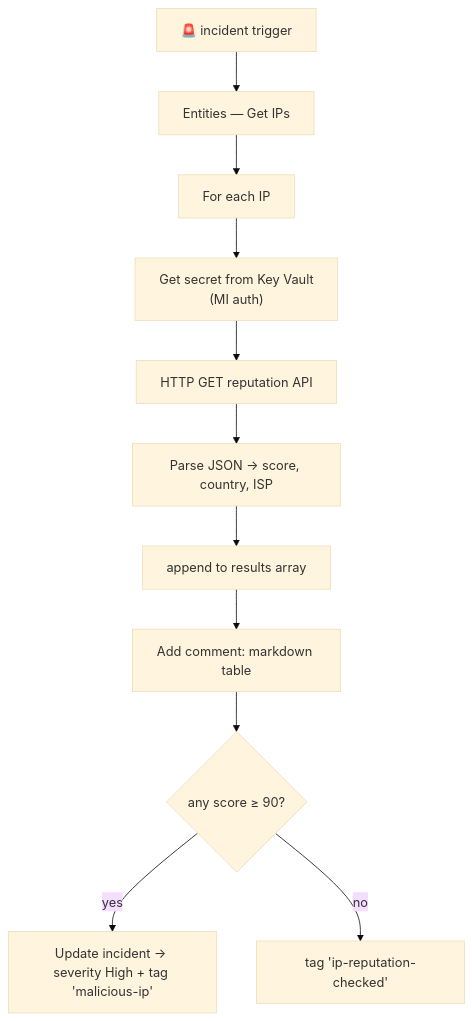
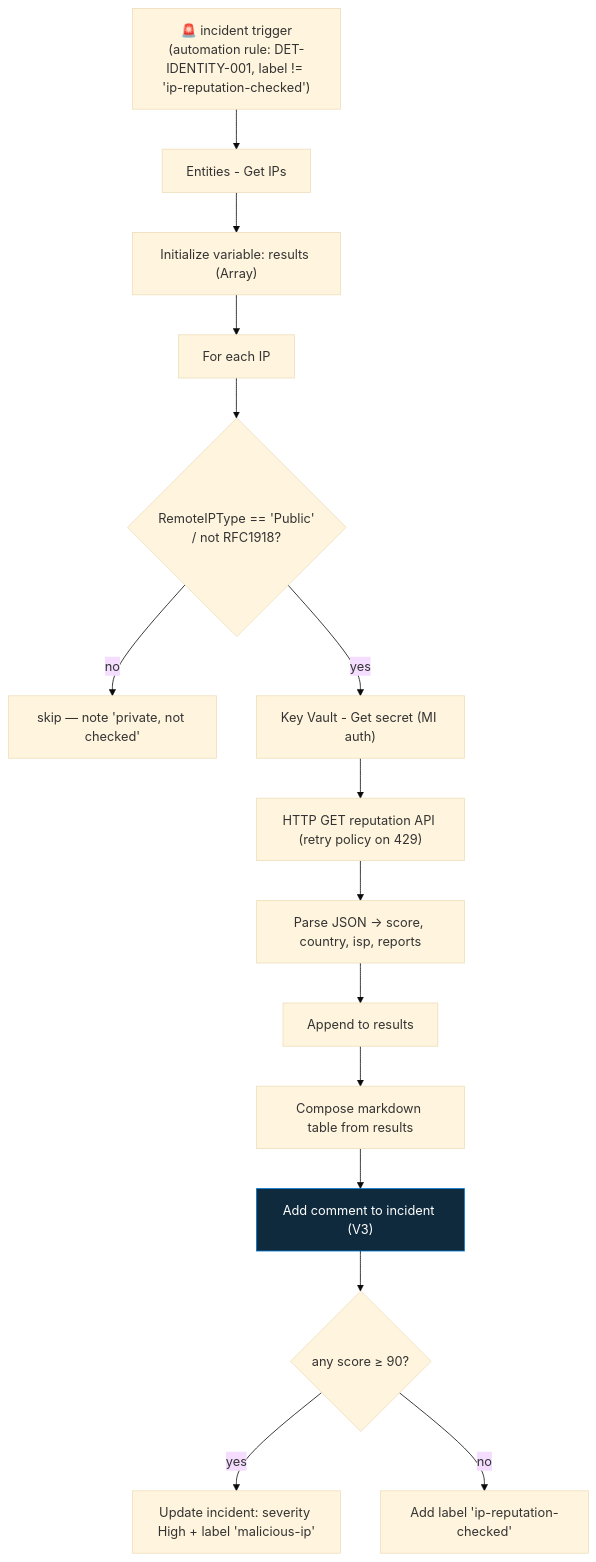
Before and after one commit to Tarun2000AD/microsoft-sentinel-live-learning: the diagram in 33-enrich-an-incident/README.md, drawn with Mermaid (base theme). The commit also changed other lines of this file, not shown here.

First line of the commit message:
Deepen step 33 (enrich an incident): read-only = safe automation, what a playbook can add, no-key variant, tag-as-verdict

````diff
--- a/33-enrich-an-incident/README.md
+++ b/33-enrich-an-incident/README.md
@@ -35,13 +55,18 @@
 ```mermaid
 flowchart TD
-    T["🚨 incident trigger"] --> GE["Entities — Get IPs"]
-    GE --> FE["For each IP"]
-    FE --> KV["Get secret from Key Vault<br/>(MI auth)"]
-    KV --> API["HTTP GET reputation API"]
-    API --> P["Parse JSON → score, country, ISP"]
-    P --> AGG["append to results array"]
-    AGG --> CMT["Add comment: markdown table"]
+    T["🚨 incident trigger<br/>(automation rule: DET-IDENTITY-001, label != 'ip-reputation-checked')"] --> GE["Entities - Get IPs"]
+    GE --> INIT["Initialize variable: results (Array)"]
+    INIT --> FE["For each IP"]
+    FE --> PUB{"RemoteIPType == 'Public'<br/>/ not RFC1918?"}
+    PUB -->|no| SKIP["skip — note 'private, not checked'"]
+    PUB -->|yes| KV["Key Vault - Get secret (MI auth)"]
+    KV --> API["HTTP GET reputation API (retry policy on 429)"]
+    API --> PJ["Parse JSON → score, country, isp, reports"]
+    PJ --> APP["Append to results"]
+    APP --> AGG["Compose markdown table from results"]
+    AGG --> CMT["Add comment to incident (V3)"]
     CMT --> SEV{"any score ≥ 90?"}
-    SEV -->|yes| UP["Update incident → severity High + tag 'malicious-ip'"]
-    SEV -->|no| DONE["tag 'ip-reputation-checked'"]
+    SEV -->|yes| HI["Update incident: severity High + label 'malicious-ip'"]
+    SEV -->|no| OK["Add label 'ip-reputation-checked'"]
+    style CMT fill:#0f2a3d,stroke:#0078D4,color:#fff
 ```
````
